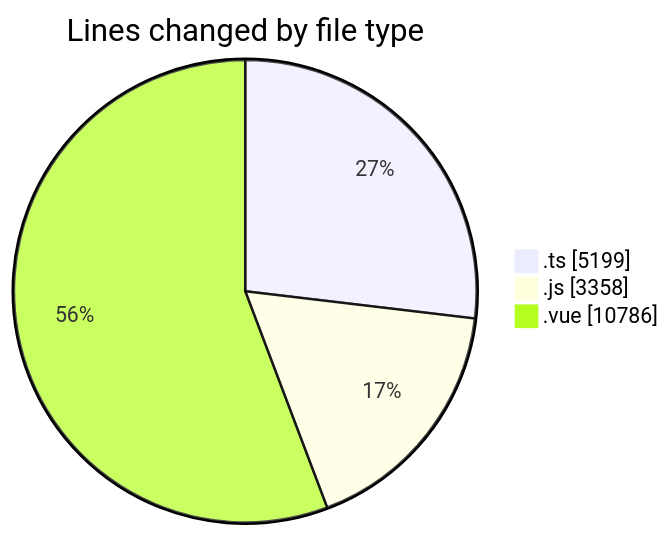
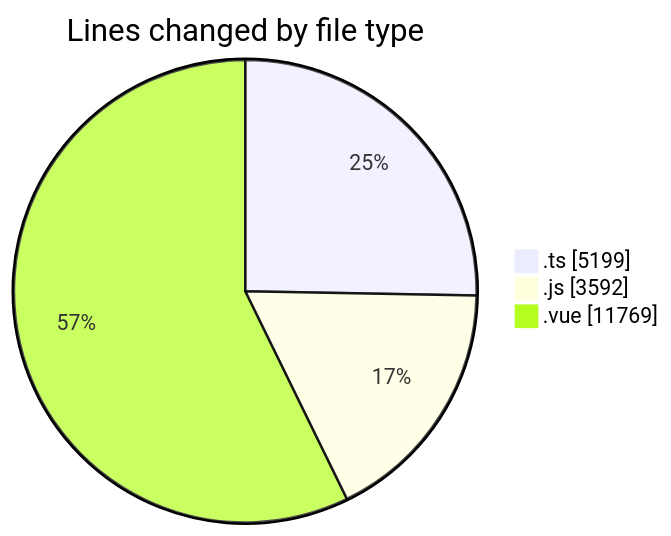
Before and after one commit to lephambinh05/code-tracking: the first of 2 diagrams in 2025-08-16/rentotp/README.md, drawn with Mermaid. The commit also changed other lines of this file and 1 other file, not shown here.

````diff
--- a/2025-08-16/rentotp/README.md
+++ b/2025-08-16/rentotp/README.md
@@ -82,7 +84,7 @@
 ```mermaid
 pie showData
 title Lines changed by file type
 ".ts" : 5199
-".js" : 3358
-".vue" : 10786
+".js" : 3592
+".vue" : 11769
 ```
````
